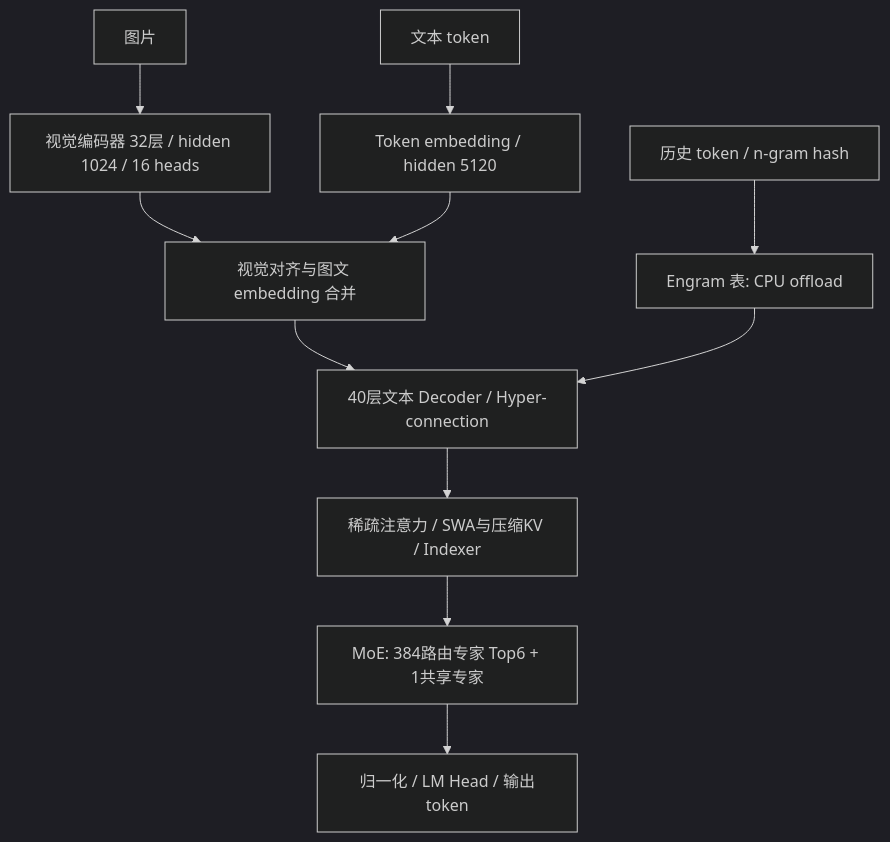
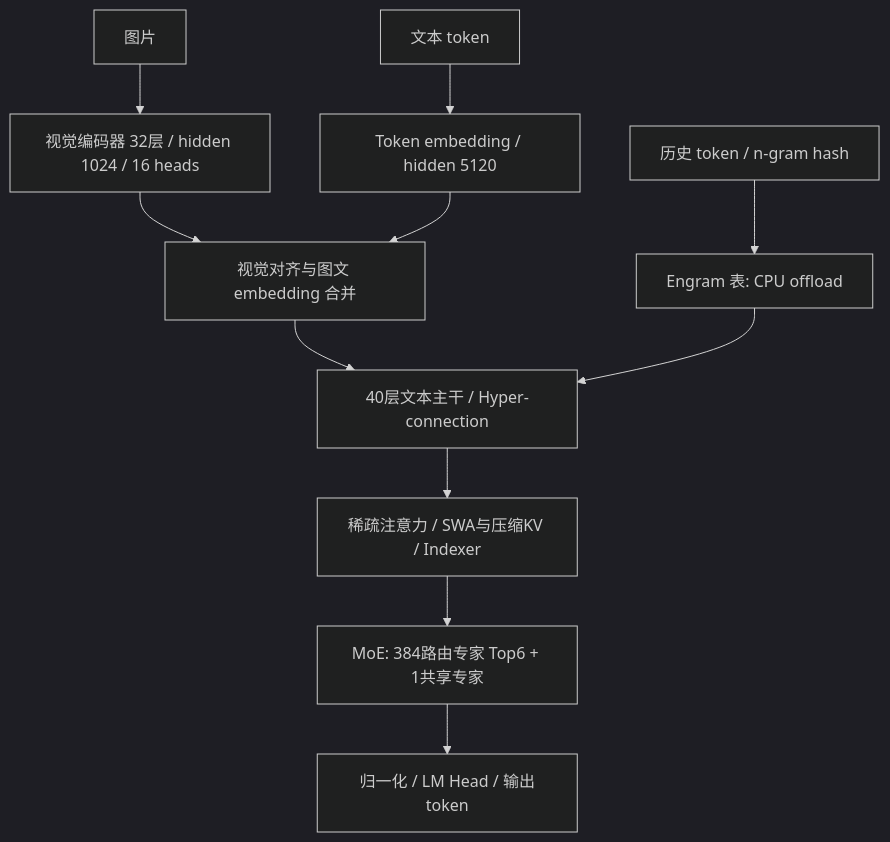
One commit to Davida1999/dsv41-openbox changed the diagram in model/模型结构分析.md. Above: the diagram before and after it, drawn with Mermaid (dark theme). The commit also changed other lines of this file and 59 other files, not shown here.

````diff
--- a/model/模型结构分析.md
+++ b/model/模型结构分析.md
@@ -5,13 +5,13 @@
 ```mermaid
 flowchart TD
   T[文本 token] --> E[Token embedding / hidden 5120]
   I[图片] --> V[视觉编码器 32层 / hidden 1024 / 16 heads]
   V --> A[视觉对齐与图文 embedding 合并]
   E --> A
-  A --> D[40层文本 Decoder / Hyper-connection]
+  A --> D[40层文本主干 / Hyper-connection]
   D --> AT[稀疏注意力 / SWA与压缩KV / Indexer]
   AT --> M[MoE: 384路由专家 Top6 + 1共享专家]
   M --> N[归一化 / LM Head / 输出token]
   H[历史 token / n-gram hash] --> G[Engram 表: CPU offload]
   G --> D
 ```
````
